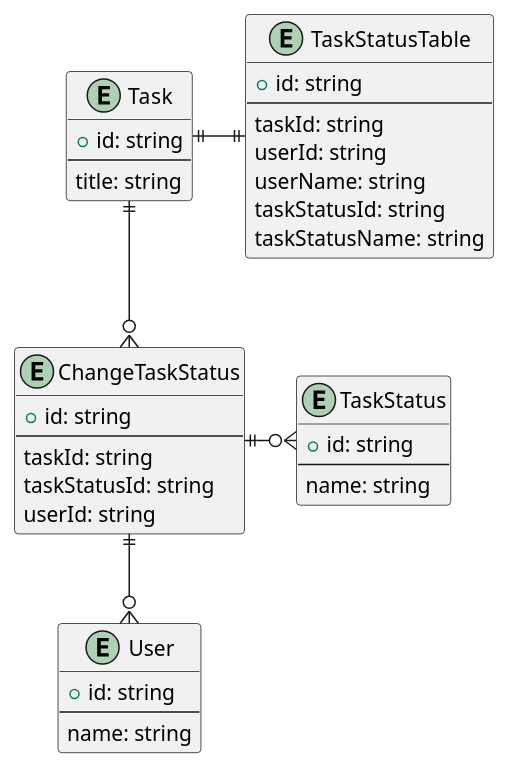
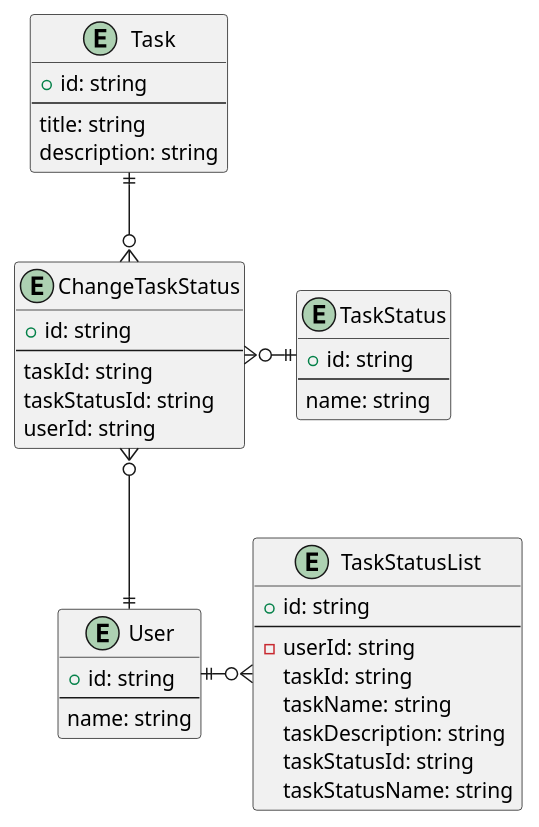
Before and after one commit to sushidesu/prahachallenge: the second of 2 diagrams in 09_高速MVP開発/03_Firestoreを使ってリレーショナルDB以外にも慣れる/03_Firestoreを使ってリレーショナルDB以外にも慣れる.md, drawn with PlantUML. The commit also changed other lines of this file and 2 other files, not shown here.

Commit message:
fix diagrams

````diff
--- a/09_高速MVP開発/03_Firestoreを使ってリレーショナルDB以外にも慣れる/03_Firestoreを使ってリレーショナルDB以外にも慣れる.md
+++ b/09_高速MVP開発/03_Firestoreを使ってリレーショナルDB以外にも慣れる/03_Firestoreを使ってリレーショナルDB以外にも慣れる.md
@@ -83,43 +84,44 @@
 ```plantuml
-entity TaskStatusTable {
-  + id: string
-  --
-  taskId: string
-  userId: string
-  userName: string
-  taskStatusId: string
-  taskStatusName: string
-}
-
 entity Task {
   + id: string
   --
   title: string
+  description: string
 }
-
-Task ||-|| TaskStatusTable
-
 entity User {
   + id: string
   --
   name: string
 }
+
+entity TaskStatusList {
+  + id: string
+  --
+  - userId: string
+  taskId: string
+  taskName: string
+  taskDescription: string
+  taskStatusId: string
+  taskStatusName: string
+}
+
+User ||-o{ TaskStatusList
 
 entity TaskStatus {
   + id: string
   --
   name: string
 }
 
 entity ChangeTaskStatus {
   + id: string
   --
   taskId: string
   taskStatusId: string
   userId: string
 }
 
 Task ||--o{ ChangeTaskStatus
-ChangeTaskStatus||--o{ User
-ChangeTaskStatus ||-o{ TaskStatus
+ChangeTaskStatus }o--|| User
+ChangeTaskStatus }o-|| TaskStatus
 ```
````
